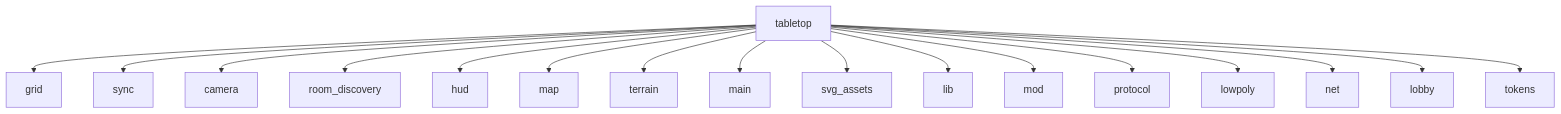
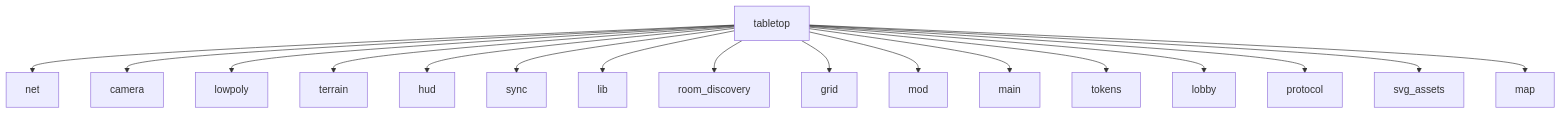
One commit to nicho55/MVCAP2P changed the diagram in docs/content/docs/tabletop/index.md. Above: the diagram before and after it, drawn with Mermaid. The commit also changed other lines of this file and 43 other files, not shown here.

````diff
--- a/docs/content/docs/tabletop/index.md
+++ b/docs/content/docs/tabletop/index.md
@@ -3,36 +3,36 @@
 ```mermaid
 graph TD
   tabletop["tabletop"]
+  net["net"]
+  tabletop --> net
+  game_camera["camera"]
+  tabletop --> game_camera
+  game_lowpoly["lowpoly"]
+  tabletop --> game_lowpoly
+  game_terrain["terrain"]
+  tabletop --> game_terrain
+  game_hud["hud"]
+  tabletop --> game_hud
+  game_sync["sync"]
+  tabletop --> game_sync
+  lib["lib"]
+  tabletop --> lib
+  room_discovery["room_discovery"]
+  tabletop --> room_discovery
   game_grid["grid"]
   tabletop --> game_grid
-  game_sync["sync"]
-  tabletop --> game_sync
-  game_camera["camera"]
-  tabletop --> game_camera
-  room_discovery["room_discovery"]
-  tabletop --> room_discovery
-  game_hud["hud"]
-  tabletop --> game_hud
+  game_mod["mod"]
+  tabletop --> game_mod
+  main["main"]
+  tabletop --> main
+  game_tokens["tokens"]
+  tabletop --> game_tokens
+  lobby["lobby"]
+  tabletop --> lobby
+  protocol["protocol"]
+  tabletop --> protocol
+  svg_assets["svg_assets"]
+  tabletop --> svg_assets
   game_map["map"]
   tabletop --> game_map
-  game_terrain["terrain"]
-  tabletop --> game_terrain
-  main["main"]
-  tabletop --> main
-  svg_assets["svg_assets"]
-  tabletop --> svg_assets
-  lib["lib"]
-  tabletop --> lib
-  game_mod["mod"]
-  tabletop --> game_mod
-  protocol["protocol"]
-  tabletop --> protocol
-  game_lowpoly["lowpoly"]
-  tabletop --> game_lowpoly
-  net["net"]
-  tabletop --> net
-  lobby["lobby"]
-  tabletop --> lobby
-  game_tokens["tokens"]
-  tabletop --> game_tokens
 ```
````
